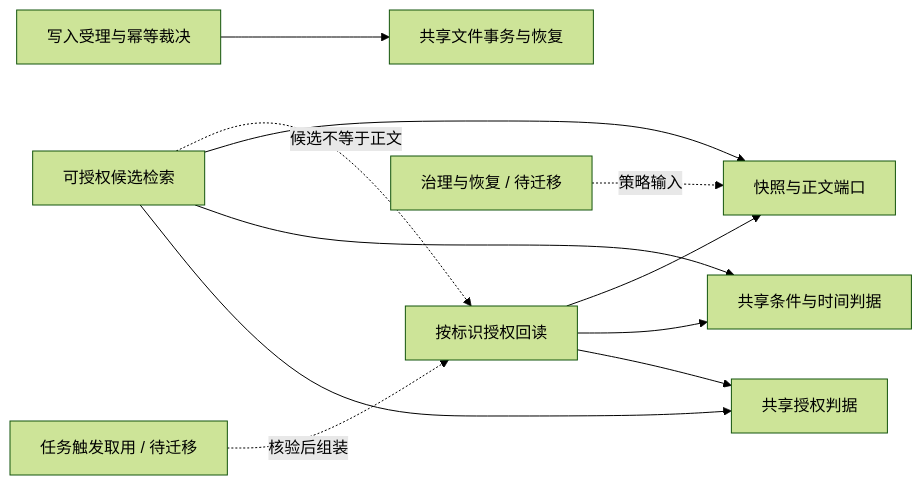
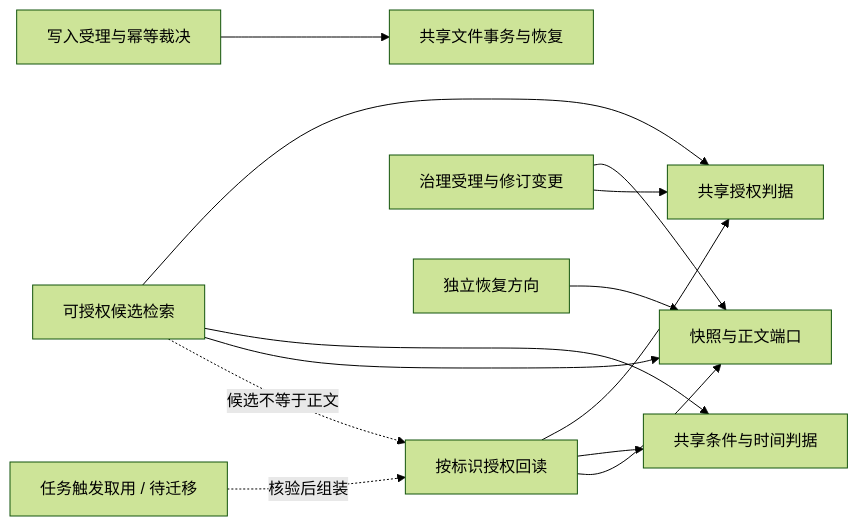
The diagram in docs/CAPABILITY_GRAPH.md (FuRongJun-1999/dsh-lingshu-memory), drawn with Mermaid (forest theme) before and after one commit. The commit also changed other lines of this file and 11 other files, not shown here.

```diff
--- a/docs/CAPABILITY_GRAPH.md
+++ b/docs/CAPABILITY_GRAPH.md
@@ -5,13 +5,15 @@
 ~~~mermaid
 graph LR
   G[按标识授权回读] --> A[共享授权判据]
   G --> T[共享条件与时间判据]
   G --> S[快照与正文端口]
   Q[可授权候选检索] --> A
   Q --> T
   Q --> S
   Q -. 候选不等于正文 .-> G
   W[写入受理与幂等裁决] --> X[共享文件事务与恢复]
-  R[治理与恢复 / 待迁移] -. 策略输入 .-> S
+  R[治理受理与修订变更] --> S
+  R --> A
+  P[独立恢复方向] --> S
   C[任务触发取用 / 待迁移] -. 核验后组装 .-> G
 ~~~
```
